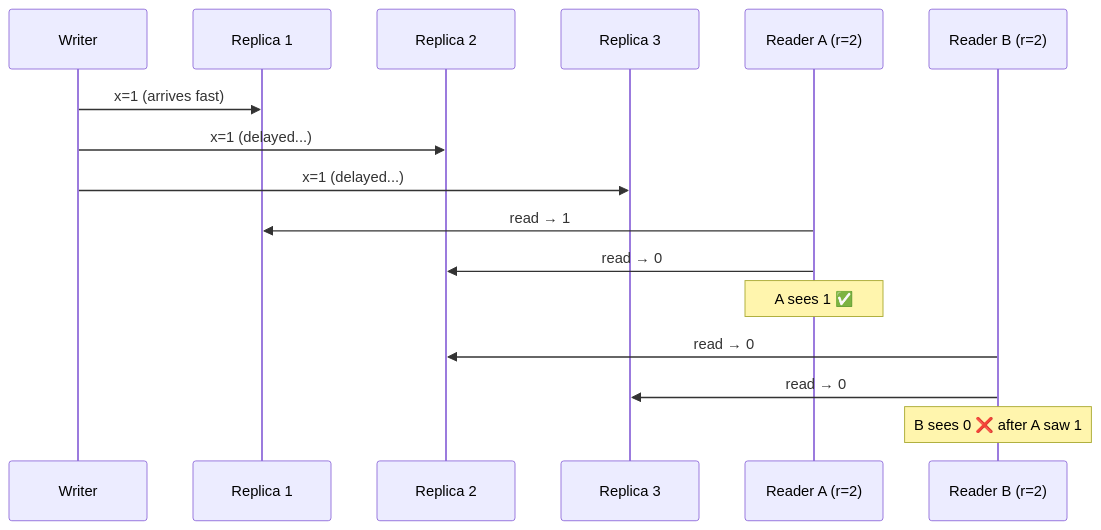
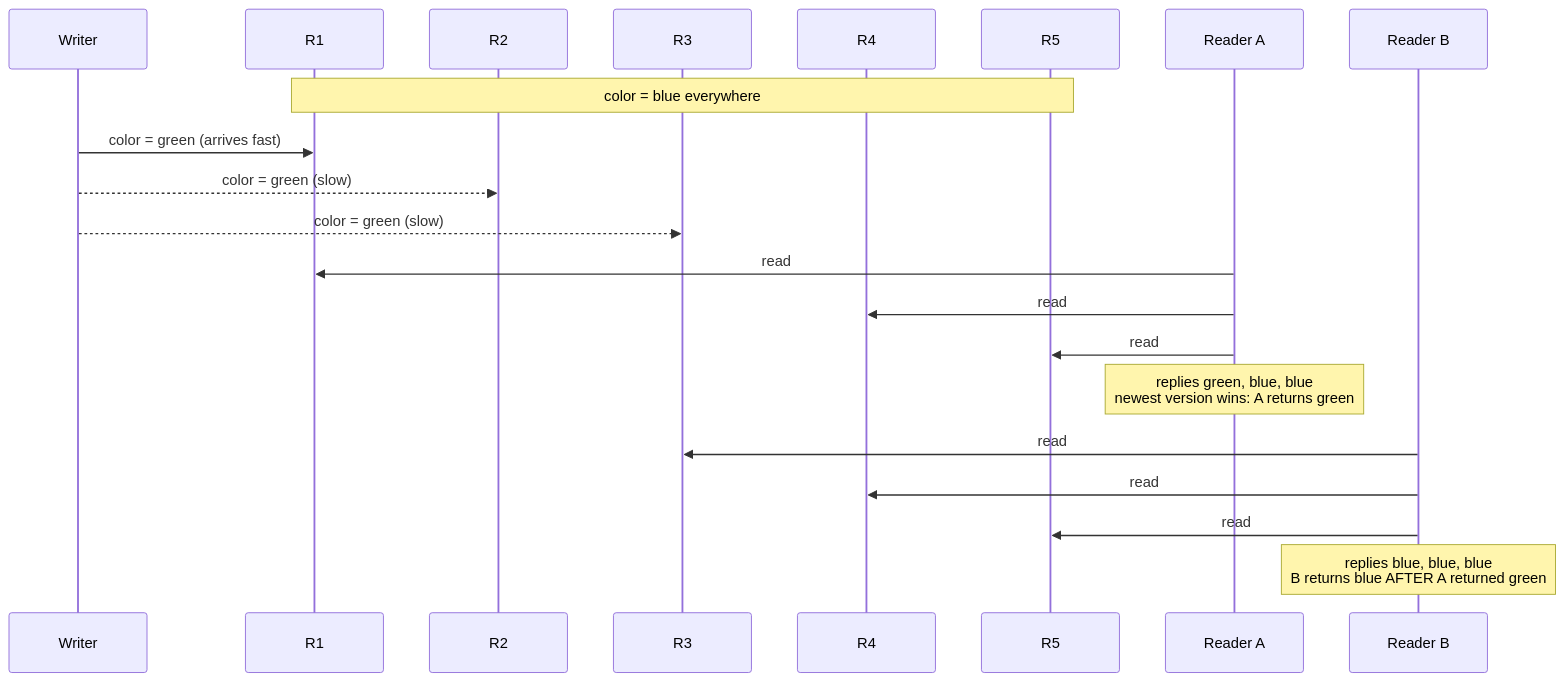
Before and after one commit to pratikguru998/ddia-book: the tenth of 40 diagrams in docs/chapters/part-2/09-consistency-consensus.mdx, drawn with Mermaid. The commit also changed other lines of this file and 13 other files, not shown here.

Commit message:
Expand all 12 chapters: every book subsection, deeper notes, ~320 diagrams

````diff
--- a/docs/chapters/part-2/09-consistency-consensus.mdx
+++ b/docs/chapters/part-2/09-consistency-consensus.mdx
@@ -71,18 +300,23 @@
 ```mermaid
 sequenceDiagram
   participant W as Writer
-  participant R1 as Replica 1
-  participant R2 as Replica 2
-  participant R3 as Replica 3
-  participant A as Reader A (r=2)
-  participant B as Reader B (r=2)
-  W->>R1: x=1 (arrives fast)
-  W->>R2: x=1 (delayed...)
-  W->>R3: x=1 (delayed...)
-  A->>R1: read → 1
-  A->>R2: read → 0
-  Note over A: A sees 1 ✅
-  B->>R2: read → 0
-  B->>R3: read → 0
-  Note over B: B sees 0 ❌ after A saw 1
+  participant R1 as R1
+  participant R2 as R2
+  participant R3 as R3
+  participant R4 as R4
+  participant R5 as R5
+  participant A as Reader A
+  participant B as Reader B
+  Note over R1,R5: color = blue everywhere
+  W->>R1: color = green (arrives fast)
+  W-->>R2: color = green (slow)
+  W-->>R3: color = green (slow)
+  A->>R1: read
+  A->>R4: read
+  A->>R5: read
+  Note over A: replies green, blue, blue<br/>newest version wins: A returns green
+  B->>R3: read
+  B->>R4: read
+  B->>R5: read
+  Note over B: replies blue, blue, blue<br/>B returns blue AFTER A returned green
 ```
````
